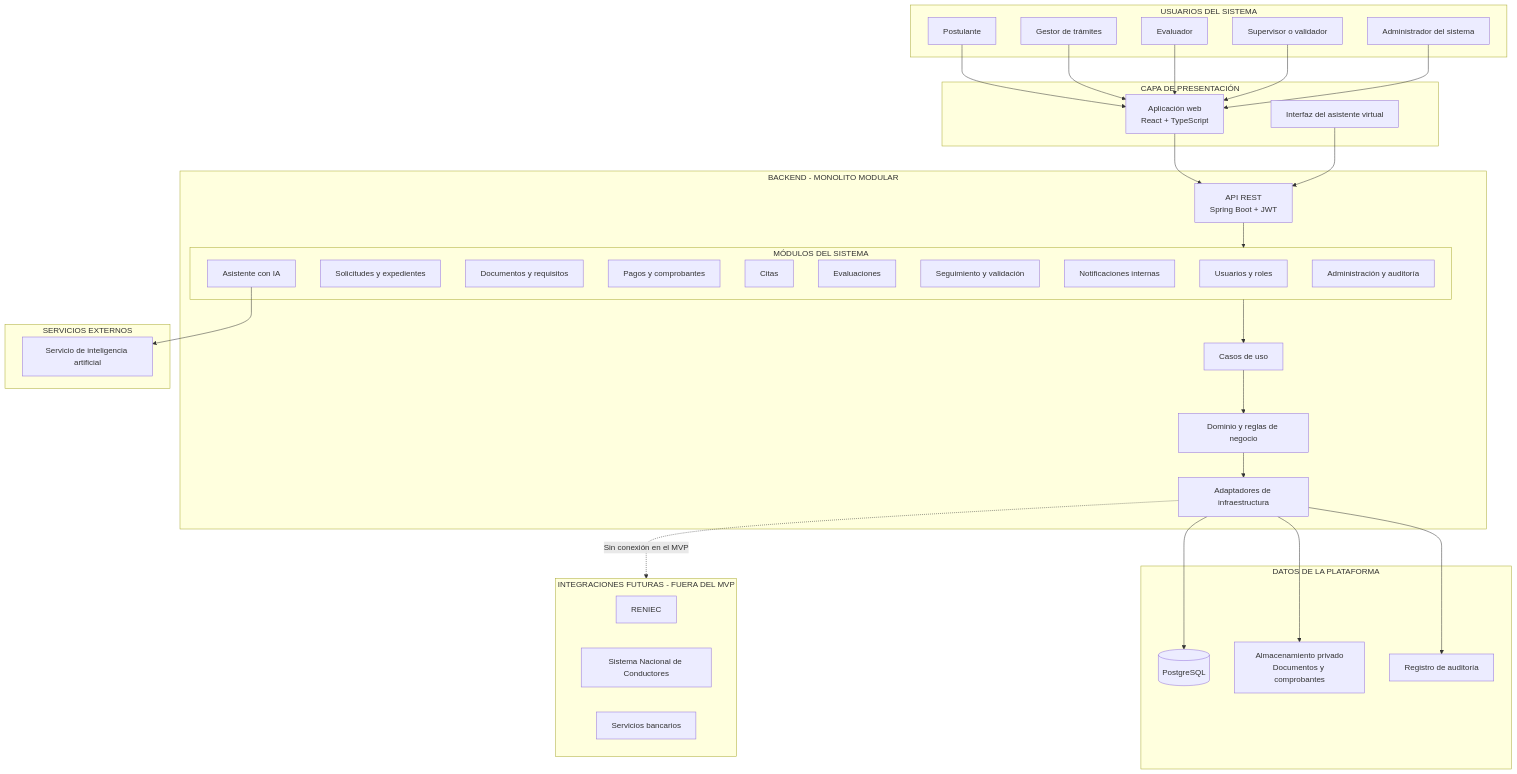
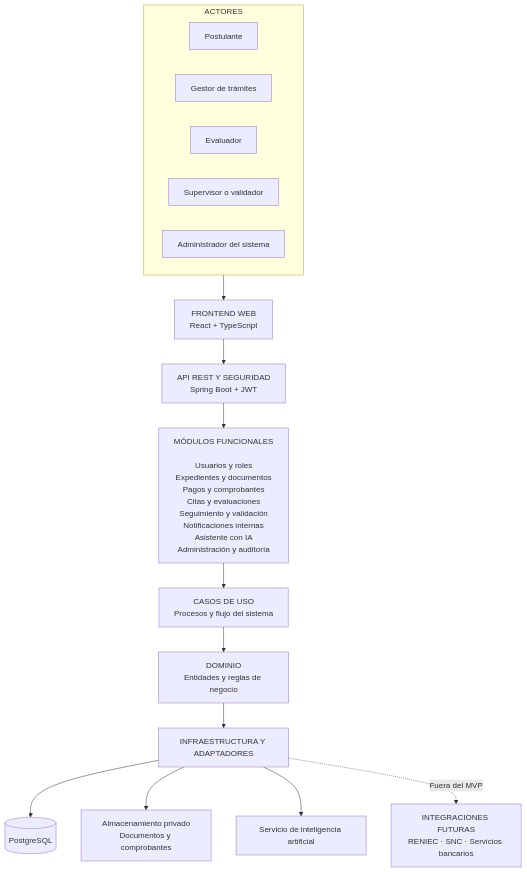
Before and after one commit to AdirNC-27/sistema-licencias-conducir-arquitectura: the diagram in arquitectura/arquitectura-inicial.md, drawn with Mermaid. The commit also changed other lines of this file, not shown here.

Commit message:
docs: agregar arquitectura inicial del sistema

````diff
--- a/arquitectura/arquitectura-inicial.md
+++ b/arquitectura/arquitectura-inicial.md
@@ -11,72 +7,42 @@
 ```mermaid
 flowchart TB
-    subgraph USUARIOS["USUARIOS DEL SISTEMA"]
-        POST["Postulante"]
-        GESTOR["Gestor de trámites"]
-        EVAL["Evaluador"]
-        SUP["Supervisor o validador"]
-        ADMIN["Administrador del sistema"]
+    subgraph ACTORES["ACTORES"]
+        A1["Postulante"]
+        A2["Gestor de trámites"]
+        A3["Evaluador"]
+        A4["Supervisor o validador"]
+        A5["Administrador del sistema"]
     end
 
-    subgraph PRESENTACION["CAPA DE PRESENTACIÓN"]
-        FRONT["Aplicación web<br/>React + TypeScript"]
-        CHAT["Interfaz del asistente virtual"]
-    end
+    ACTORES --> FRONTEND
 
-    subgraph BACKEND["BACKEND - MONOLITO MODULAR"]
-        API["API REST<br/>Spring Boot + JWT"]
+    FRONTEND["FRONTEND WEB<br/>React + TypeScript"]
 
-        subgraph MODULOS["MÓDULOS DEL SISTEMA"]
-            M1["Usuarios y roles"]
-            M2["Solicitudes y expedientes"]
-            M3["Documentos y requisitos"]
-            M4["Pagos y comprobantes"]
-            M5["Citas"]
-            M6["Evaluaciones"]
-            M7["Seguimiento y validación"]
-            M8["Notificaciones internas"]
-            M9["Asistente con IA"]
-            M10["Administración y auditoría"]
-        end
+    FRONTEND --> API
 
-        CASOS["Casos de uso"]
-        DOMINIO["Dominio y reglas de negocio"]
-        ADAPTADORES["Adaptadores de infraestructura"]
-    end
+    API["API REST Y SEGURIDAD<br/>Spring Boot + JWT"]
 
-    subgraph DATOS["DATOS DE LA PLATAFORMA"]
-        DB[("PostgreSQL")]
-        ARCHIVOS["Almacenamiento privado<br/>Documentos y comprobantes"]
-        AUDITORIA["Registro de auditoría"]
-    end
+    API --> MODULOS
 
-    subgraph SERVICIOS["SERVICIOS EXTERNOS"]
-        IA["Servicio de inteligencia artificial"]
-    end
+    MODULOS["MÓDULOS FUNCIONALES<br/><br/>Usuarios y roles<br/>Expedientes y documentos<br/>Pagos y comprobantes<br/>Citas y evaluaciones<br/>Seguimiento y validación<br/>Notificaciones internas<br/>Asistente con IA<br/>Administración y auditoría"]
 
-    subgraph FUTURO["INTEGRACIONES FUTURAS - FUERA DEL MVP"]
-        RENIEC["RENIEC"]
-        SNC["Sistema Nacional de Conductores"]
-        BANCO["Servicios bancarios"]
-    end
+    MODULOS --> CASOS
 
-    POST --> FRONT
-    GESTOR --> FRONT
-    EVAL --> FRONT
-    SUP --> FRONT
-    ADMIN --> FRONT
+    CASOS["CASOS DE USO<br/>Procesos y flujo del sistema"]
 
-    FRONT --> API
-    CHAT --> API
-    API --> MODULOS
-    MODULOS --> CASOS
     CASOS --> DOMINIO
-    DOMINIO --> ADAPTADORES
 
-    ADAPTADORES --> DB
-    ADAPTADORES --> ARCHIVOS
-    ADAPTADORES --> AUDITORIA
-    M9 --> IA
+    DOMINIO["DOMINIO<br/>Entidades y reglas de negocio"]
 
-    ADAPTADORES -. "Sin conexión en el MVP" .-> FUTURO
+    DOMINIO --> INFRA
+
+    INFRA["INFRAESTRUCTURA Y ADAPTADORES"]
+
+    INFRA --> DB[("PostgreSQL")]
+    INFRA --> ARCHIVOS["Almacenamiento privado<br/>Documentos y comprobantes"]
+    INFRA --> IA["Servicio de inteligencia artificial"]
+
+    FUTURO["INTEGRACIONES FUTURAS<br/>RENIEC · SNC · Servicios bancarios"]
+
+    INFRA -. "Fuera del MVP" .-> FUTURO
 ```
````
